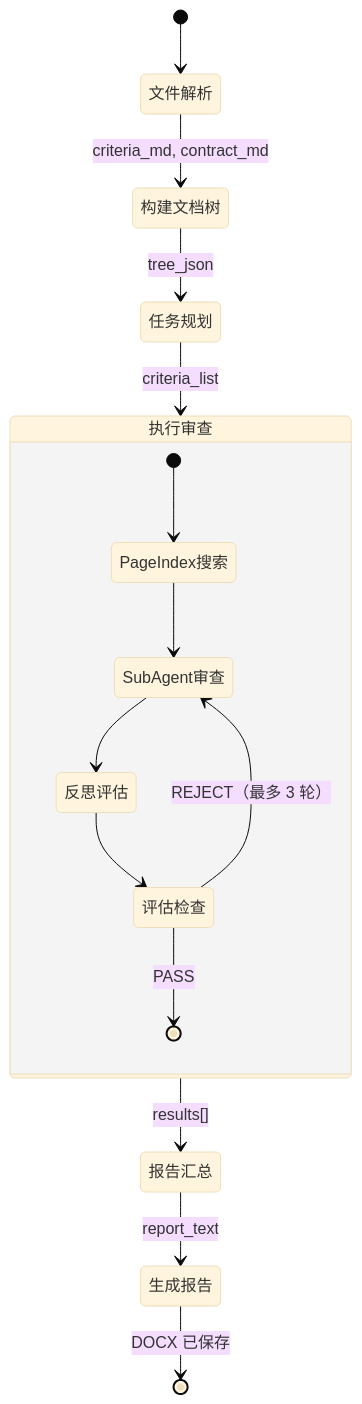
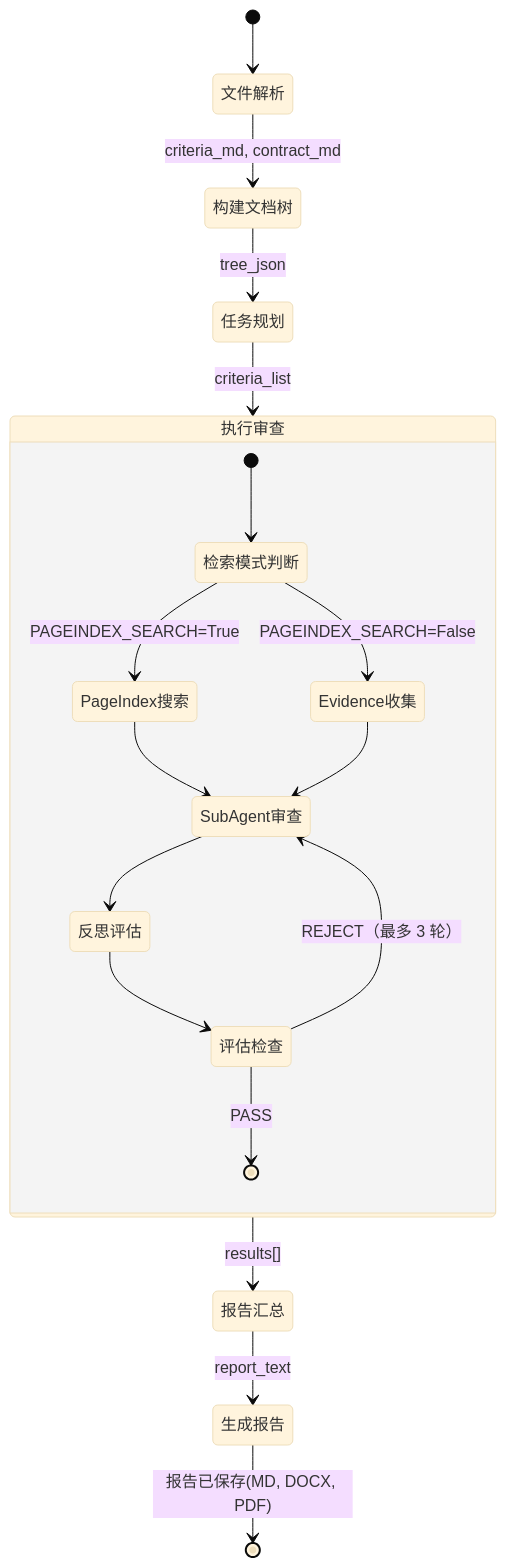
One commit to HoeTee/contract_agent changed the fifth of 6 diagrams in project_intro/ARCHITECTURE.md. Above: the diagram before and after it, drawn with Mermaid (base theme). The commit also changed other lines of this file and 38 other files, not shown here.

````diff
--- a/project_intro/ARCHITECTURE.md
+++ b/project_intro/ARCHITECTURE.md
@@ -212,22 +238,28 @@
 ```mermaid
 stateDiagram-v2
     [*] --> 文件解析
     文件解析 --> 构建文档树: criteria_md, contract_md
     构建文档树 --> 任务规划: tree_json
     任务规划 --> 执行审查: criteria_list
 
     state 执行审查 {
-        [*] --> PageIndex搜索
+        [*] --> 检索模式判断
+
+        state 检索模式判断 <<choice>>
+        检索模式判断 --> PageIndex搜索: PAGEINDEX_SEARCH=True
+        检索模式判断 --> Evidence收集: PAGEINDEX_SEARCH=False
+
         PageIndex搜索 --> SubAgent审查
+        Evidence收集 --> SubAgent审查
         SubAgent审查 --> 反思评估
         反思评估 --> 评估检查
 
         state 评估检查 <<choice>>
         评估检查 --> [*]: PASS
         评估检查 --> SubAgent审查: REJECT（最多 3 轮）
     }
 
     执行审查 --> 报告汇总: results[]
     报告汇总 --> 生成报告: report_text
-    生成报告 --> [*]: DOCX 已保存
+    生成报告 --> [*]: 报告已保存(MD, DOCX, PDF)
 ```
````
